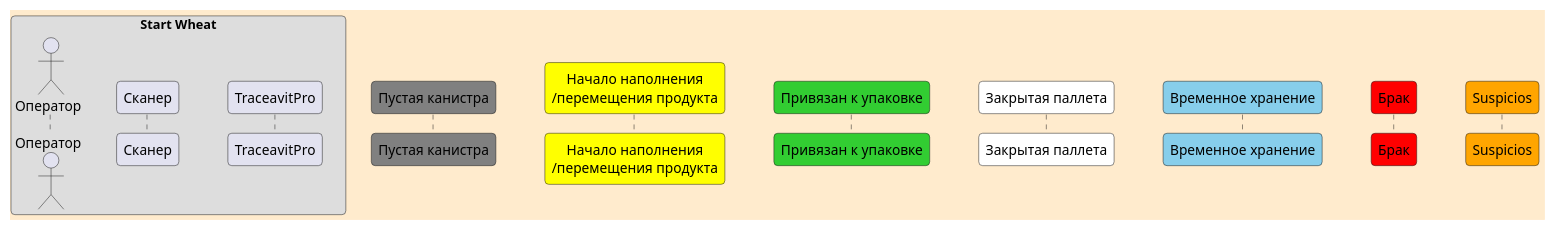
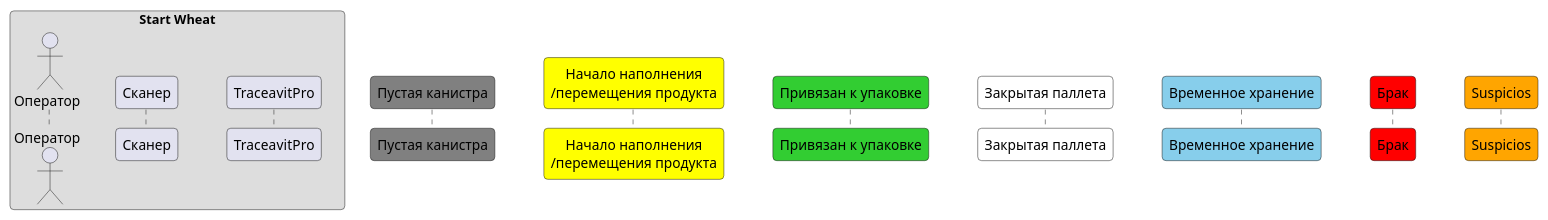
The diagram in definitions.puml (masteroleg/uml), drawn with PlantUML before and after one commit.

Commit message:
Backup on 2024-11-17

```diff
--- a/definitions.puml
+++ b/definitions.puml
@@ -1,63 +1,63 @@
 @startuml sequence definitions
 
 skinparam {
  Roundcorner 8
  Maxmessagesize 150
  responseMessageBelowArrow true
- backgroundColor BlanchedAlmond
+ 'backgroundColor BlanchedAlmond
  }
 skinparam sequence {
  ArrowThickness 3
  ParticipantPadding 20
  MessageAlign center 
  }
  
 box Start Wheat
 	actor Оператор as Operator 
 	participant Сканер as scaner 
 	participant "TraceavitPro" as TA
 end box
 
 participant "Пустая канистра" as Gr #Gray
 participant "Начало наполнения\n/перемещения продукта" as Y #Yellow
 participant "Привязан к упаковке" as G #LimeGreen
 participant "Закрытая паллета" as W #White
 participant "Временное хранение" as B #SkyBlue
 participant "Брак" as R #Red
 participant "Suspicios" as S #Orange
 
 autonumber 
 
 /'
 Желтый: Этап начального наполнения или перемещения продукта
 в данную производственную зону из других сегментов процесса. 
 Продукция может вернуться в случае повторного наполнения или инвентаризации.
 Зеленый: Продукт интегрирован в свою упаковочную систему
 (ящик или поддон), что свидетельствует о завершении первичной стадии упаковки.
 На этом этапе коды канистр привязаны к временному коду поддона. 
 Если план паллетизации предполагает ящики, то канистры привязаны к ящику,
 а ящики привязаны к временному коду поддона. В случае обнаружения необходимости
 доработки продукт может вернуться на стадию начального наполнения. 
 сли план паллетизации предполагает ящики, то канистры привязаны к ящику, а ящики привязаны к временному коду поддона.
 Белый: Продукт завершает вторичную стадию упаковки — поддон
 полностью сформирован и маркирован логистической этикеткой, 
 что сигнализирует об окончании производственного этапа. 
 В случае необходимости паллета может быть расформирована,
 и продукт возвращается на стадию начального наполнения для дальнейшей обработки.
 Вторичная стадия упаковки включает сборку и маркировку поддонов, 
 замену временного кода поддона на код логистической этикетки, 
 что обеспечивает готовность продукции к логистическим операциям.
 В отличие от этого, первичная стадия фокусируется на упаковке единиц продукции в ящики 
 или на поддоны для обеспечения их безопасности и стабильности перед дальнейшей обработкой.
 Красный: Продукция признана дефектной и подлежит изоляции
 для последующего анализа или утилизации в соответствии с установленными процедурами
 контроля качества. Данная зона является окончательной для дефектной продукции, и 
 никакие дальнейшие перемещения из неё невозможны.
 Голубой: Продукция временно размещена в зоне хранения для стабилизации 
 или оценки качества перед дальнейшими действиями. В текущих реалиях эта зона 
 используется для отстаивания канистр, например, в случае возможного запивания ножей 
 или других проблем, требующих дополнительной проверки. После проверки продукция либо отправляется на упаковку (Зеленый),
 либо признается дефектной и переходит в зону изоляции (Красный).
 
 '/
 @enduml
```
